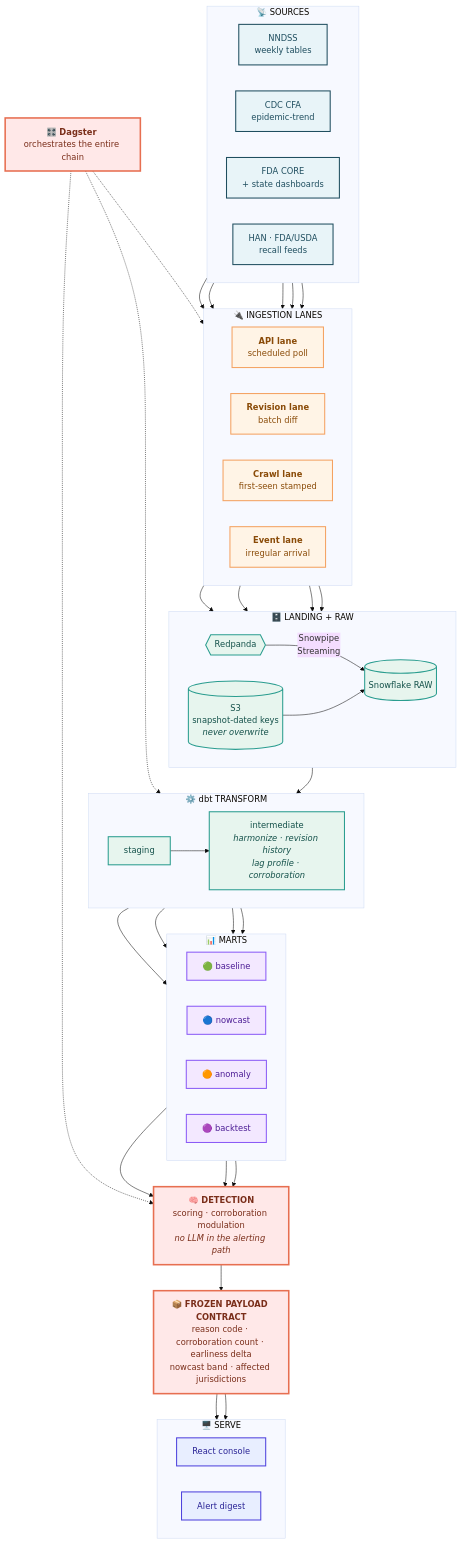
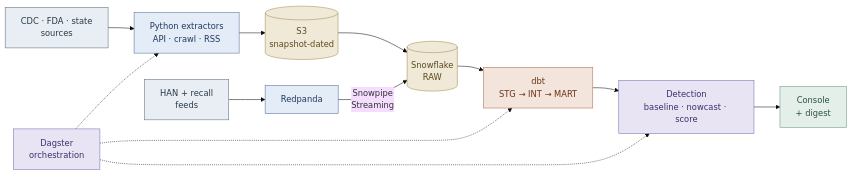
Before and after one commit to Dieurode1/Public-Health-Outbreak-Monitoring-System: the diagram in README.md, drawn with Mermaid (base theme). The commit also changed other lines of this file, not shown here.

````diff
--- a/README.md
+++ b/README.md
@@ -125,85 +61,29 @@
 ```mermaid
-flowchart TB
-    subgraph SOURCES["📡 SOURCES"]
-        direction LR
-        S1["NNDSS<br/>weekly tables"]
-        S2["CDC CFA<br/>epidemic-trend"]
-        S3["FDA CORE<br/>+ state dashboards"]
-        S4["HAN · FDA/USDA<br/>recall feeds"]
-    end
+flowchart LR
+    SRC["CDC · FDA · state<br/>sources"] --> ING["Python extractors<br/>API · crawl · RSS"]
+    EVT["HAN + recall<br/>feeds"] --> RP["Redpanda"]
+    ING --> S3[("S3<br/>snapshot-dated")]
+    S3 --> SF[("Snowflake<br/>RAW")]
+    RP -->|"Snowpipe<br/>Streaming"| SF
+    SF --> DBT["dbt<br/>STG → INT → MART"]
+    DBT --> DET["Detection<br/>baseline · nowcast · score"]
+    DET --> UI["Console<br/>+ digest"]
 
-    subgraph INGEST["🔌 INGESTION LANES"]
-        direction LR
-        L1["<b>API lane</b><br/>scheduled poll"]
-        L2["<b>Revision lane</b><br/>batch diff"]
-        L3["<b>Crawl lane</b><br/>first-seen stamped"]
-        L4["<b>Event lane</b><br/>irregular arrival"]
-    end
-
-    subgraph LAND["🗄️ LANDING + RAW"]
-        direction LR
-        S3B[("S3<br/>snapshot-dated keys<br/><i>never overwrite</i>")]
-        RP{{"Redpanda"}}
-        SF[("Snowflake RAW")]
-    end
-
-    subgraph TRANSFORM["⚙️ dbt TRANSFORM"]
-        direction LR
-        T1["staging"] --> T2["intermediate<br/><i>harmonize · revision history<br/>lag profile · corroboration</i>"]
-    end
-
-    subgraph MARTS["📊 MARTS"]
-        direction LR
-        M1["🟢 baseline"]
-        M2["🔵 nowcast"]
-        M3["🟠 anomaly"]
-        M4["🟣 backtest"]
-    end
-
-    DET["🧠 <b>DETECTION</b><br/>scoring · corroboration modulation<br/><i>no LLM in the alerting path</i>"]
-    PAY["📦 <b>FROZEN PAYLOAD CONTRACT</b><br/>reason code · corroboration count · earliness delta<br/>nowcast band · affected jurisdictions"]
-
-    subgraph SERVE["🖥️ SERVE"]
-        direction LR
-        C1["React console"]
-        C2["Alert digest"]
-    end
-
-    S1 --> L1
-    S1 --> L2
-    S2 --> L1
-    S3 --> L3
-    S4 --> L4
-
-    L1 --> S3B
-    L2 --> S3B
-    L3 --> S3B
-    L4 --> RP
-    RP -->|"Snowpipe<br/>Streaming"| SF
-    S3B --> SF
-    SF --> T1
-    T2 --> M1 & M2 & M3 & M4
-    M1 & M2 & M3 --> DET
-    DET --> PAY
-    PAY --> C1
-    PAY --> C2
-
-    DAG["🎛️ <b>Dagster</b> orchestrates the entire chain"]
-    DAG -.-> INGEST
-    DAG -.-> TRANSFORM
+    DAG["Dagster<br/>orchestration"] -.-> ING
+    DAG -.-> DBT
     DAG -.-> DET
 
-    classDef src fill:#E8F4F8,stroke:#1F4E5F,stroke-width:2px,color:#1F4E5F
-    classDef lane fill:#FFF4E6,stroke:#F4A261,stroke-width:2px,color:#8A4B08
-    classDef store fill:#E7F5EE,stroke:#2A9D8F,stroke-width:2px,color:#14514A
-    classDef mart fill:#F3E8FF,stroke:#8B5CF6,stroke-width:2px,color:#4C1D95
-    classDef core fill:#FFE8E8,stroke:#E76F51,stroke-width:3px,color:#7A2E1A
-    classDef serve fill:#E8EEFF,stroke:#4F43DD,stroke-width:2px,color:#2A2496
+    classDef src fill:#E8EEF4,stroke:#5A6B7D,color:#2B3A49
+    classDef work fill:#E4ECF7,stroke:#4A6B9B,color:#1F3A5F
+    classDef store fill:#F0E9D8,stroke:#A08A4F,color:#5C4A1E
+    classDef dbt fill:#F3E4DC,stroke:#B06A4A,color:#6B3418
+    classDef core fill:#E9E4F4,stroke:#7A68B0,color:#3D2E6B
+    classDef out fill:#E4EFE9,stroke:#5F9276,color:#2B5240
 
-    class S1,S2,S3,S4 src
-    class L1,L2,L3,L4 lane
-    class S3B,RP,SF,T1,T2 store
-    class M1,M2,M3,M4 mart
-    class DET,PAY,DAG core
-    class C1,C2 serve
+    class SRC,EVT src
+    class ING,RP work
+    class S3,SF store
+    class DBT dbt
+    class DET,DAG core
+    class UI out
 ```
````
